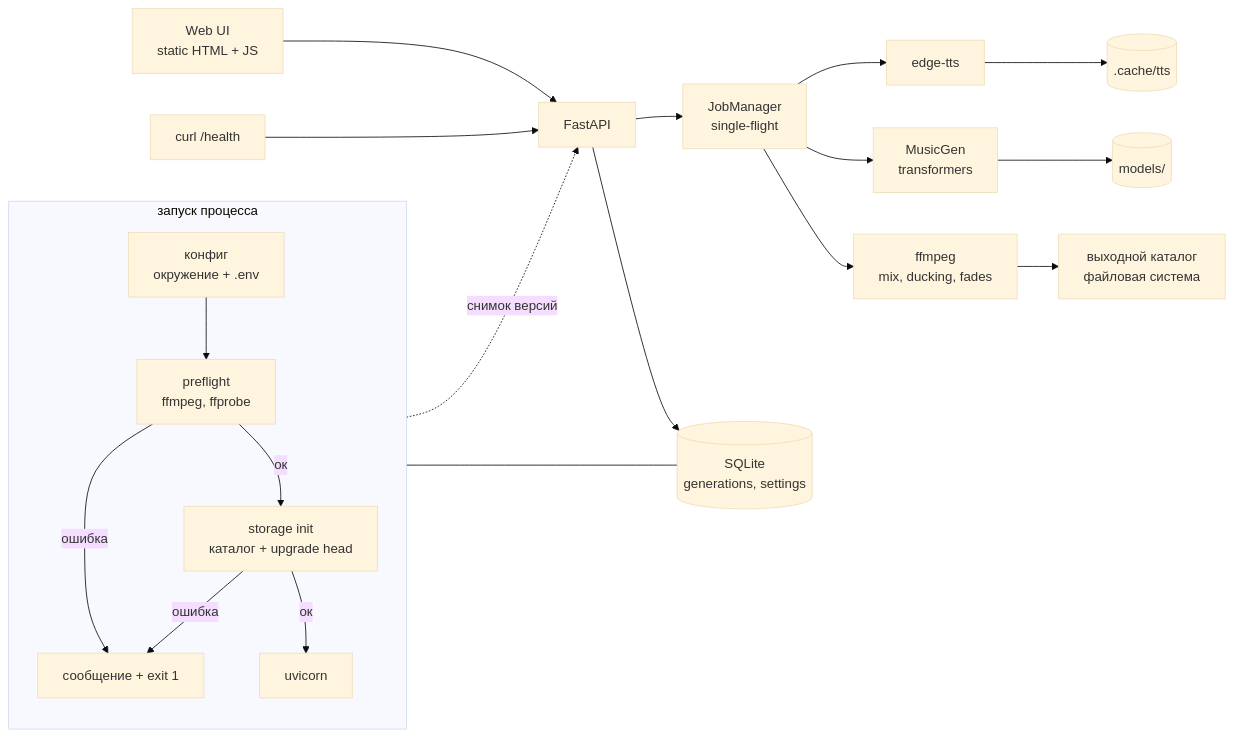
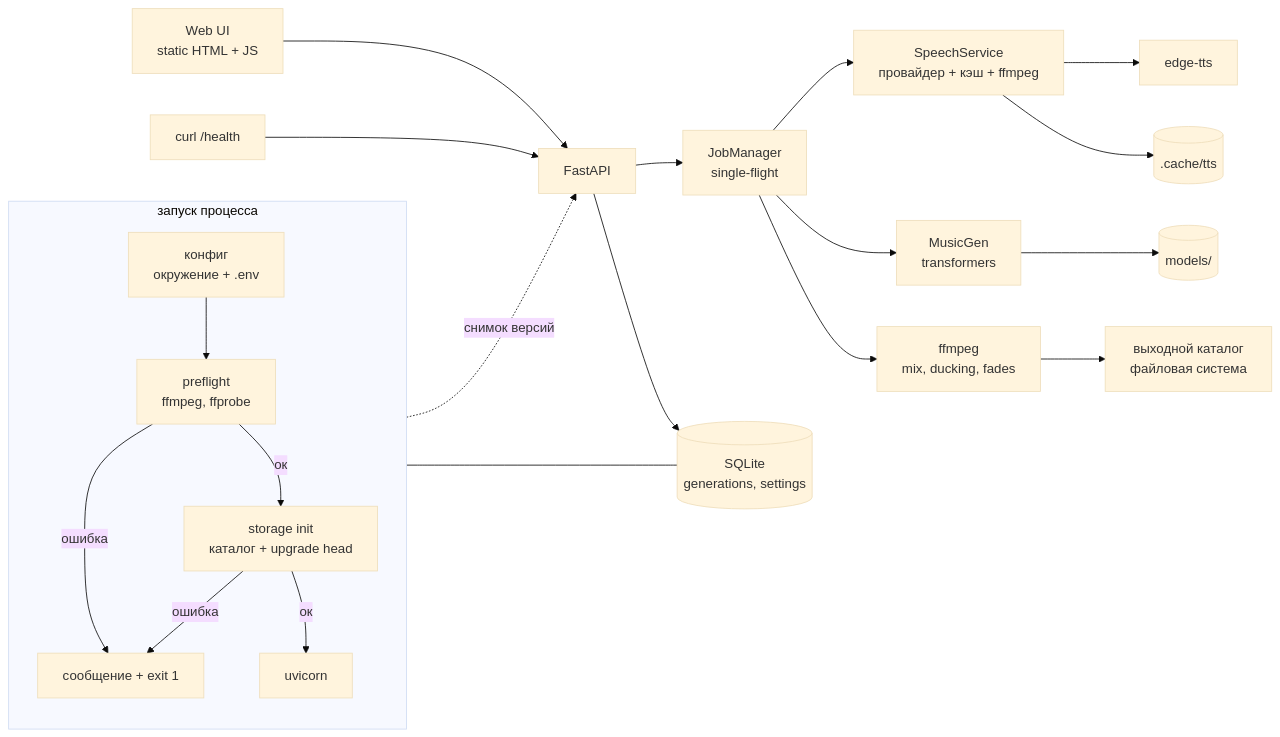
Before and after one commit to tuch-ka/muzifikator: the first of 2 diagrams in docs/architecture.md, drawn with Mermaid (base theme). The commit also changed other lines of this file and 19 other files, not shown here.

First line of the commit message:
feat: add speech synthesis with edge-tts, cache and growl

````diff
--- a/docs/architecture.md
+++ b/docs/architecture.md
@@ -8,23 +8,24 @@
 ```mermaid
 flowchart LR
     subgraph START["запуск процесса"]
         direction TB
         CFG["конфиг<br/>окружение + .env"] --> PF["preflight<br/>ffmpeg, ffprobe"]
         PF -->|"ок"| ST["storage init<br/>каталог + upgrade head"]
         PF -->|"ошибка"| EXIT["сообщение + exit 1"]
         ST -->|"ок"| APP["uvicorn"]
         ST -->|"ошибка"| EXIT
     end
     UI["Web UI<br/>static HTML + JS"] --> API["FastAPI"]
     OPS["curl /health"] --> API
     API --> JOB["JobManager<br/>single-flight"]
-    JOB --> TTS["edge-tts"]
+    JOB --> SPEECH["SpeechService<br/>провайдер + кэш + ffmpeg"]
+    SPEECH --> TTS["edge-tts"]
+    SPEECH --> CACHE[(".cache/tts")]
     JOB --> MUS["MusicGen<br/>transformers"]
     JOB --> MIX["ffmpeg<br/>mix, ducking, fades"]
     MIX --> OUT["выходной каталог<br/>файловая система"]
     API --> DB[("SQLite<br/>generations, settings")]
     ST --- DB
     MUS --> MODELS[("models/")]
-    TTS --> CACHE[(".cache/tts")]
     PF -.->|"снимок версий"| API
 ```
````
